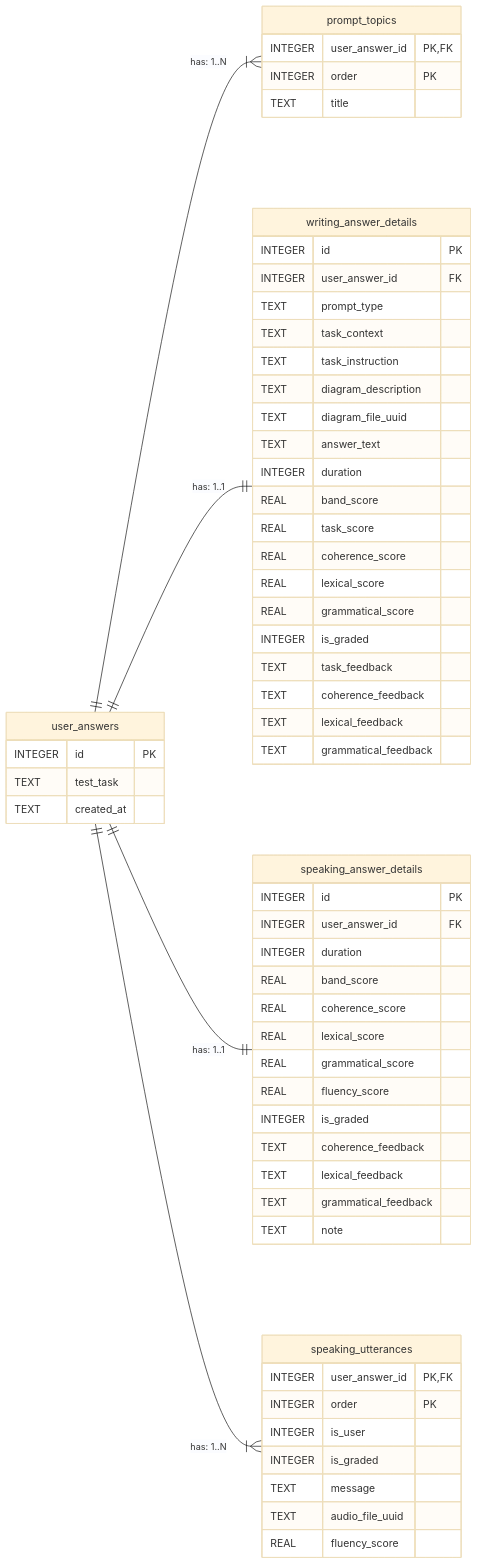
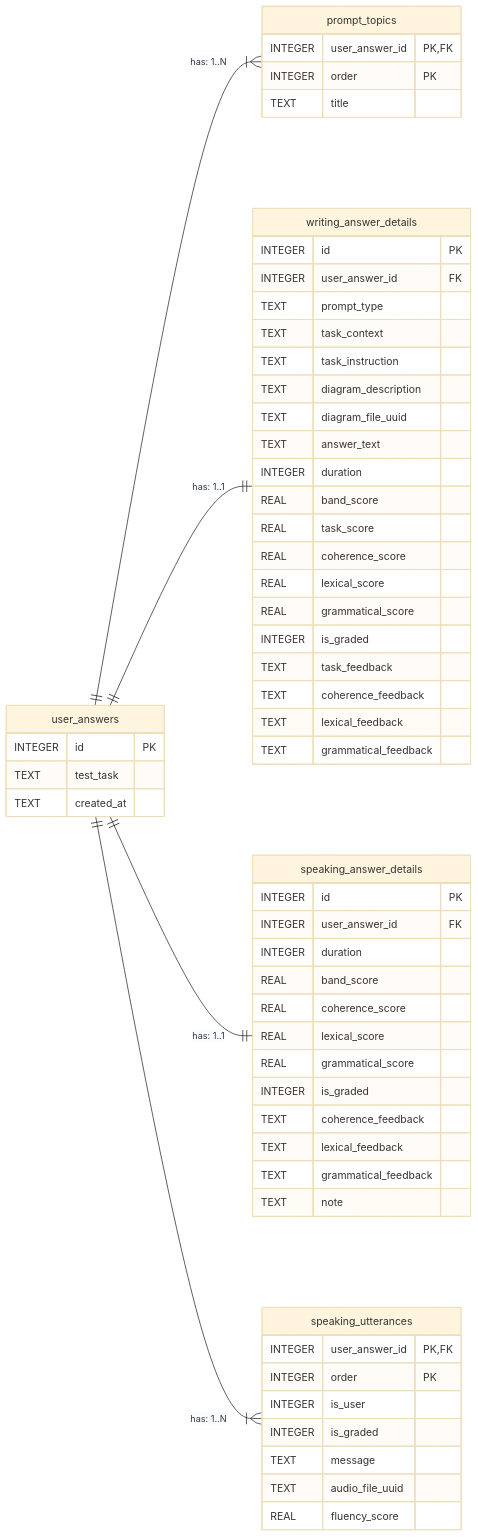
Before and after one commit to hirokd0627/ielts_ai_trainer: the diagram in application/docs/er-diagram.md, drawn with Mermaid (base theme). The commit also changed 16 other files, not shown here.

Commit message:
Calculate band and fluency score on app side

````diff
--- a/application/docs/er-diagram.md
+++ b/application/docs/er-diagram.md
@@ -3,68 +3,67 @@
 ```mermaid
 erDiagram
     direction LR
     user_answers ||--|{ prompt_topics : "has: 1..N"
     user_answers ||--|| writing_answer_details : "has: 1..1"
     user_answers ||--|| speaking_answer_details : "has: 1..1"
     user_answers ||--|{ speaking_utterances : "has: 1..N"
 
     user_answers {
         INTEGER id PK
         TEXT test_task
         TEXT created_at
     }
 
     prompt_topics {
         INTEGER user_answer_id PK,FK
         INTEGER order PK
         TEXT title 
     }
 
     writing_answer_details {
         INTEGER id PK
         INTEGER user_answer_id FK
         TEXT prompt_type
         TEXT task_context
         TEXT task_instruction
         TEXT diagram_description
         TEXT diagram_file_uuid
         TEXT answer_text
         INTEGER duration
         REAL band_score
         REAL task_score
         REAL coherence_score
         REAL lexical_score
         REAL grammatical_score
         INTEGER is_graded
         TEXT task_feedback
         TEXT coherence_feedback
         TEXT lexical_feedback
         TEXT grammatical_feedback
     }
 
     speaking_answer_details {
         INTEGER id PK
         INTEGER user_answer_id FK
         INTEGER duration
         REAL band_score
         REAL coherence_score
         REAL lexical_score
         REAL grammatical_score
-        REAL fluency_score
         INTEGER is_graded
         TEXT coherence_feedback
         TEXT lexical_feedback
         TEXT grammatical_feedback 
         TEXT note
     }
 
     speaking_utterances {
         INTEGER user_answer_id PK,FK
         INTEGER order PK
         INTEGER is_user
         INTEGER is_graded
         TEXT message
         TEXT audio_file_uuid
         REAL fluency_score
     }
 ```
````
